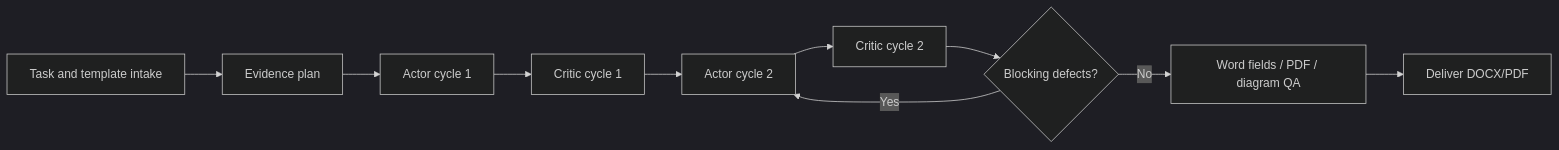
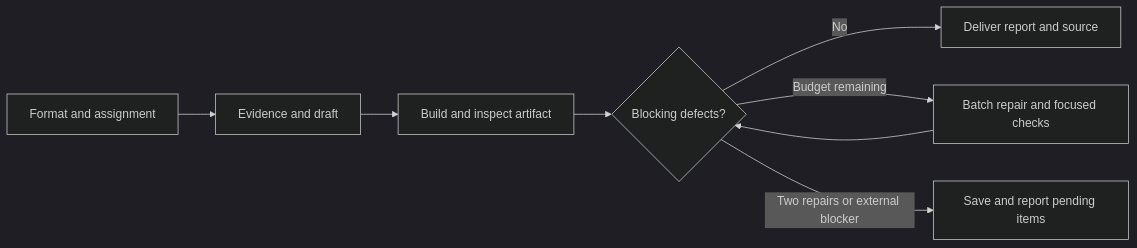
The diagram in README.en.md (xyzxyq/docx-course-report-writer), drawn with Mermaid (dark theme) before and after one commit. The commit also changed other lines of this file and 47 other files, not shown here.

````diff
--- a/README.en.md
+++ b/README.en.md
@@ -168,12 +199,10 @@
 ```mermaid
 flowchart LR
-  A["Task and template intake"] --> B["Evidence plan"]
-  B --> C["Actor cycle 1"]
-  C --> D["Critic cycle 1"]
-  D --> E["Actor cycle 2"]
-  E --> F["Critic cycle 2"]
-  F --> G{"Blocking defects?"}
-  G -- "Yes" --> E
-  G -- "No" --> H["Word fields / PDF / diagram QA"]
-  H --> I["Deliver DOCX/PDF"]
+  A[Format and assignment] --> B[Evidence and draft]
+  B --> C[Build and inspect artifact]
+  C --> D{Blocking defects?}
+  D -- No --> E[Deliver report and source]
+  D -- Budget remaining --> F[Batch repair and focused checks]
+  F --> D
+  D -- Two repairs or external blocker --> G[Save and report pending items]
 ```
````
